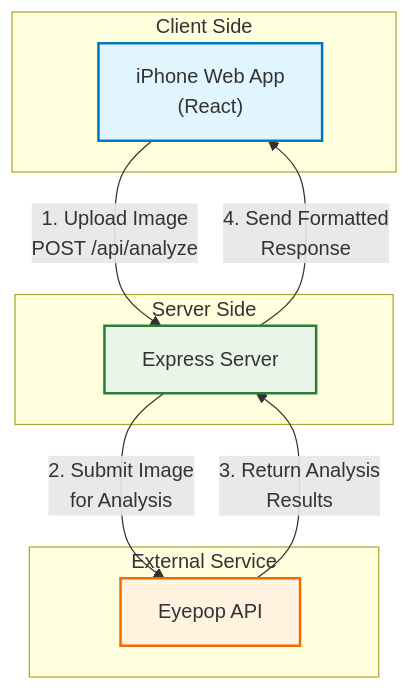
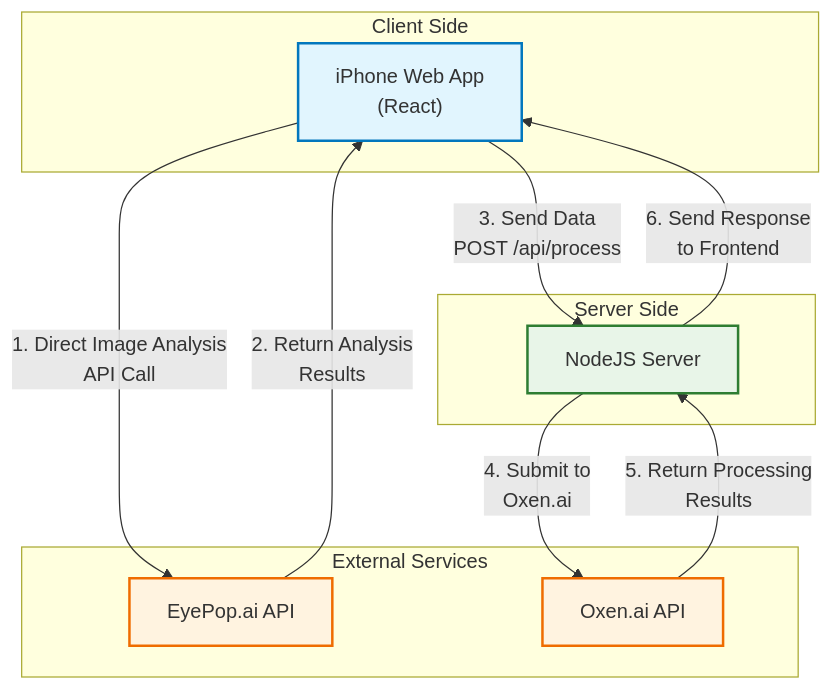
The diagram in Documentation/Architecture/Architecture/Resources/SystemFlow.md (MaximeBoulat/hackfrontier_project), drawn with Mermaid before and after one commit.

Commit message:
Updating documentation to reflect communicating directly from the React app to the API

````diff
--- a/Documentation/Architecture/Architecture/Resources/SystemFlow.md
+++ b/Documentation/Architecture/Architecture/Resources/SystemFlow.md
@@ -2,34 +2,38 @@
 ```mermaid
 
 flowchart TD
 
     iPhone["iPhone Web App<br/>(React)"]
-    Express["Express Server"]
-    Eyepop["Eyepop API"]
+    NodeJS["NodeJS Server"]
+    Eyepop["EyePop.ai API"]
+    Oxen["Oxen.ai API"]
 
     subgraph Client["Client Side"]
         iPhone
     end
 
     subgraph Server["Server Side"]
-        Express
+        NodeJS
     end
 
-    subgraph ExternalService["External Service"]
+    subgraph ExternalServices["External Services"]
         Eyepop
+        Oxen
     end
 
-    iPhone --> |"1. Upload Image<br/>POST /api/analyze"| Express
-    Express --> |"2. Submit Image<br/>for Analysis"| Eyepop
-    Eyepop --> |"3. Return Analysis<br/>Results"| Express
-    Express --> |"4. Send Formatted<br/>Response"| iPhone
+    iPhone --> |"1. Direct Image Analysis<br/>API Call"| Eyepop
+    Eyepop --> |"2. Return Analysis<br/>Results"| iPhone
+    iPhone --> |"3. Send Data<br/>POST /api/process"| NodeJS
+    NodeJS --> |"4. Submit to<br/>Oxen.ai"| Oxen
+    Oxen --> |"5. Return Processing<br/>Results"| NodeJS
+    NodeJS --> |"6. Send Response<br/>to Frontend"| iPhone
 
     classDef clientBox fill:#e1f5fe,stroke:#0277bd,stroke-width:2px
     classDef serverBox fill:#e8f5e8,stroke:#2e7d32,stroke-width:2px
     classDef externalBox fill:#fff3e0,stroke:#ef6c00,stroke-width:2px
 
     class iPhone clientBox
-    class Express serverBox
-    class Eyepop externalBox
+    class NodeJS serverBox
+    class Eyepop,Oxen externalBox
     
 ``` 
````
